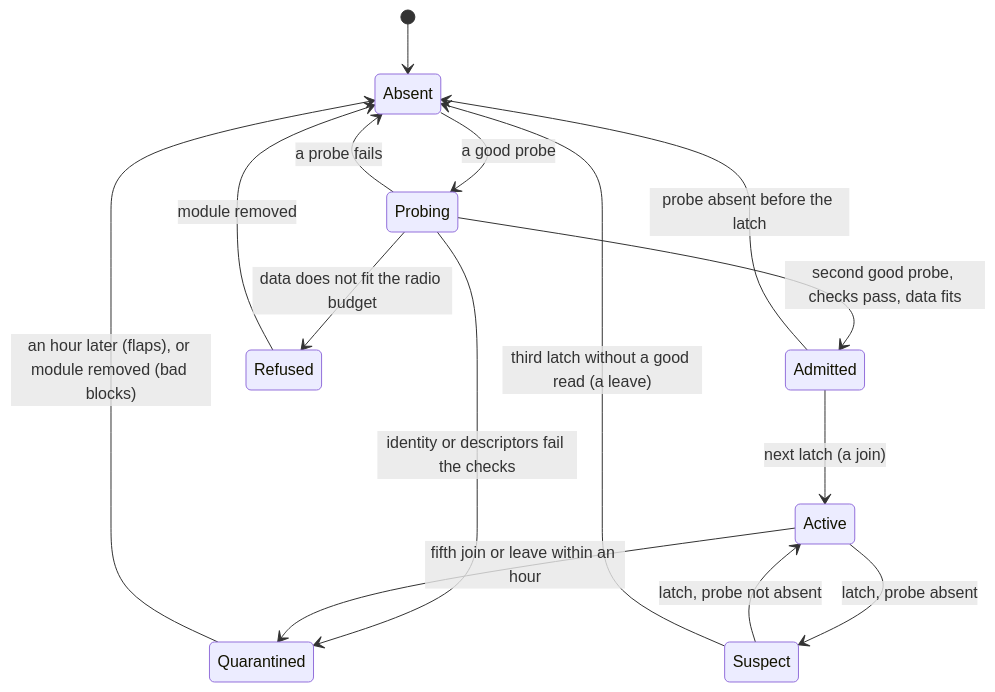
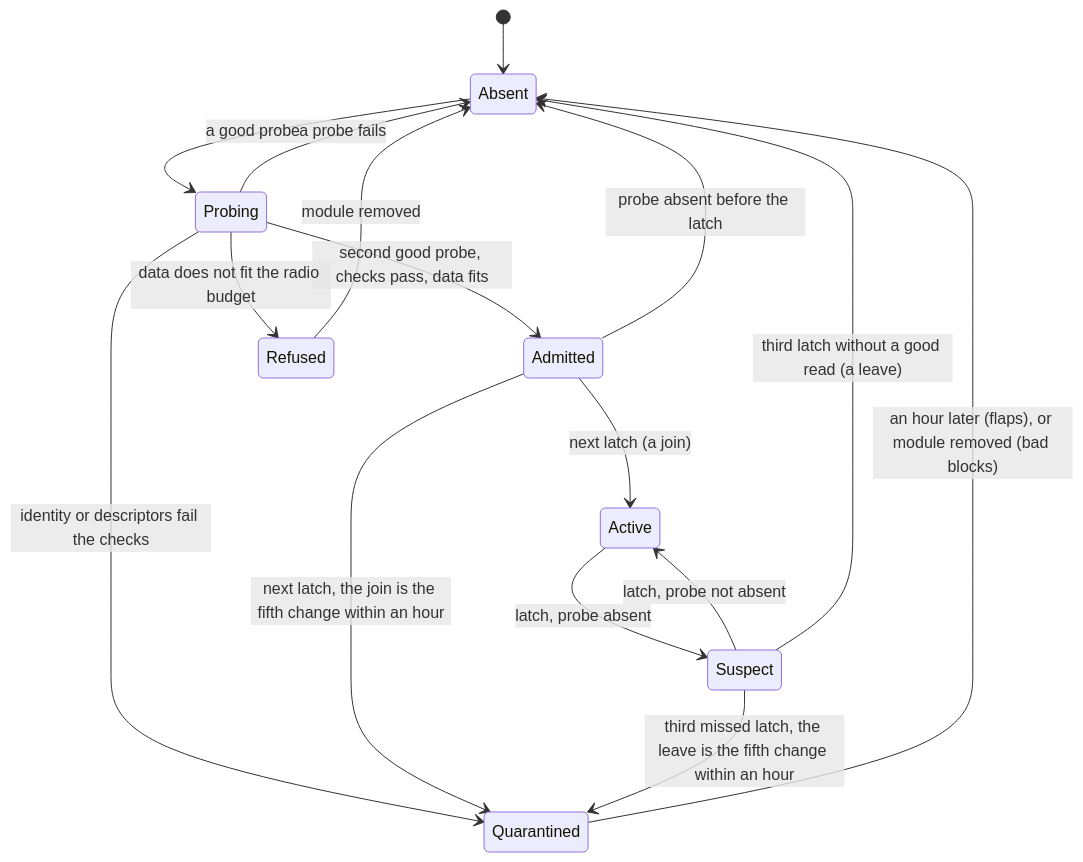
The diagram in firmware/stage0-node/App/wsmp_host.lit.md (clintecker/weather-station-2026), drawn with Mermaid before and after one commit. The commit also changed other lines of this file and 42 other files, not shown here.

````diff
--- a/firmware/stage0-node/App/wsmp_host.lit.md
+++ b/firmware/stage0-node/App/wsmp_host.lit.md
@@ -34,17 +37,18 @@
 ```mermaid
 stateDiagram-v2
     [*] --> Absent
     Absent --> Probing: a good probe
     Probing --> Absent: a probe fails
     Probing --> Admitted: second good probe, checks pass, data fits
     Probing --> Quarantined: identity or descriptors fail the checks
     Probing --> Refused: data does not fit the radio budget
     Admitted --> Absent: probe absent before the latch
     Admitted --> Active: next latch (a join)
     Active --> Suspect: latch, probe absent
     Suspect --> Active: latch, probe not absent
     Suspect --> Absent: third latch without a good read (a leave)
-    Active --> Quarantined: fifth join or leave within an hour
+    Admitted --> Quarantined: next latch, the join is the fifth change within an hour
+    Suspect --> Quarantined: third missed latch, the leave is the fifth change within an hour
     Quarantined --> Absent: an hour later (flaps), or module removed (bad blocks)
     Refused --> Absent: module removed
 ```
````
